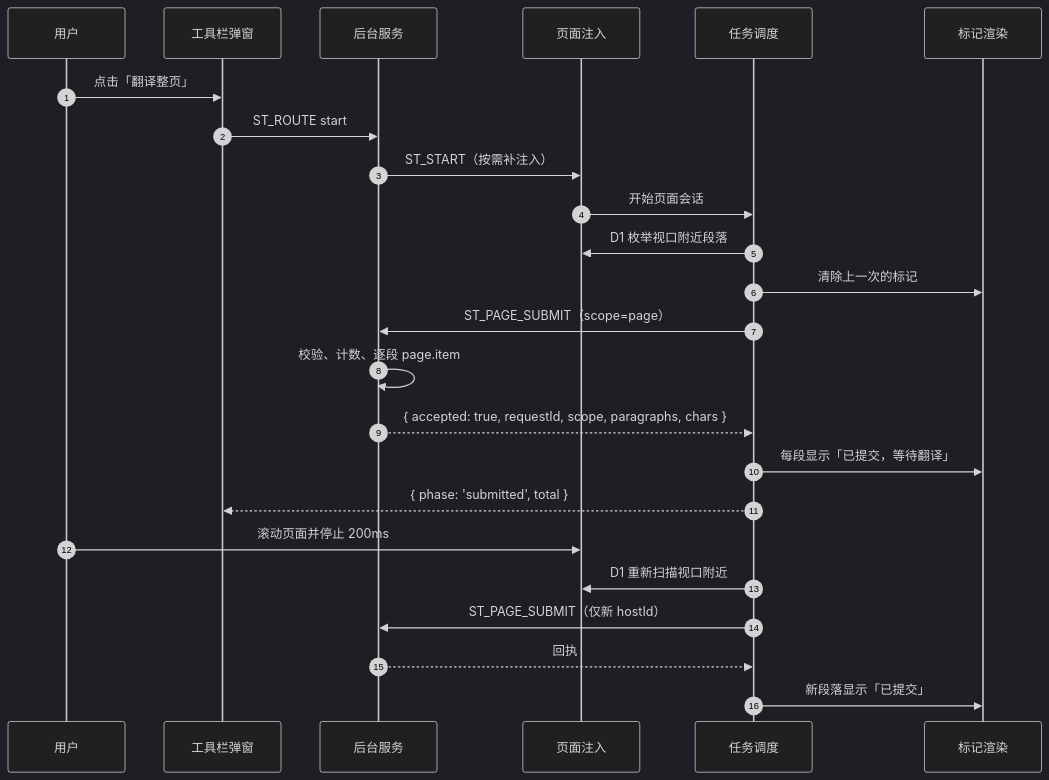
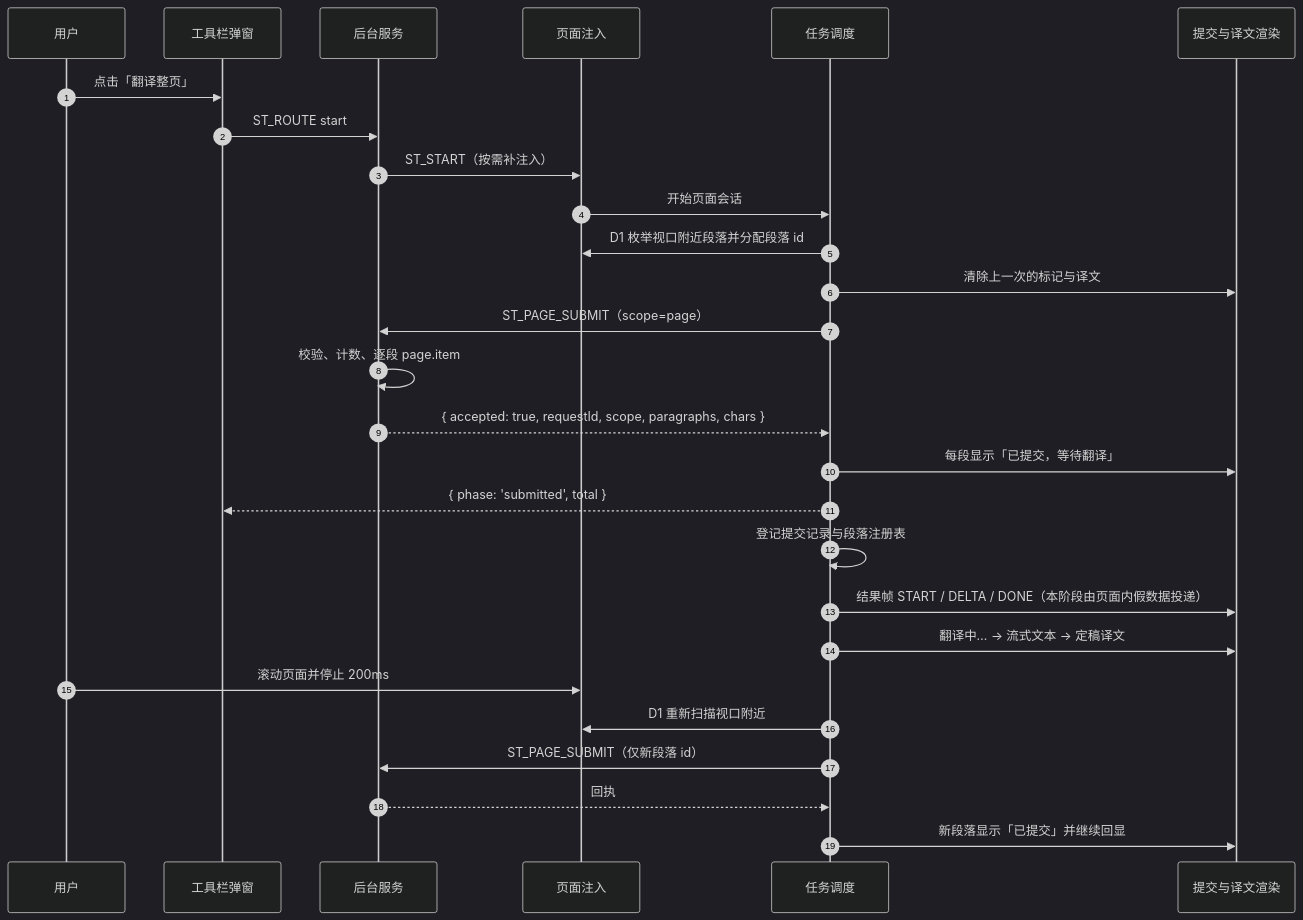
The fourth of 5 diagrams in docs/项目架构.md (xiaochen0517/simpletrans), drawn with Mermaid (dark theme) before and after one commit. The commit also changed other lines of this file and 27 other files, not shown here.

````diff
--- a/docs/项目架构.md
+++ b/docs/项目架构.md
@@ -743,26 +752,29 @@
 ```mermaid
 sequenceDiagram
   autonumber
   participant U as 用户
   participant P as 工具栏弹窗
   participant B as 后台服务
   participant C as 页面注入
   participant T as 任务调度
-  participant R as 标记渲染
+  participant R as 提交与译文渲染
   U->>P: 点击「翻译整页」
   P->>B: ST_ROUTE start
   B->>C: ST_START（按需补注入）
   C->>T: 开始页面会话
-  T->>C: D1 枚举视口附近段落
-  T->>R: 清除上一次的标记
+  T->>C: D1 枚举视口附近段落并分配段落 id
+  T->>R: 清除上一次的标记与译文
   T->>B: ST_PAGE_SUBMIT（scope=page）
   B->>B: 校验、计数、逐段 page.item
   B-->>T: { accepted: true, requestId, scope, paragraphs, chars }
   T->>R: 每段显示「已提交，等待翻译」
   T-->>P: { phase: 'submitted', total }
+  T->>T: 登记提交记录与段落注册表
+  T->>R: 结果帧 START / DELTA / DONE（本阶段由页面内假数据投递）
+  T->>R: 翻译中… → 流式文本 → 定稿译文
   U->>C: 滚动页面并停止 200ms
   T->>C: D1 重新扫描视口附近
-  T->>B: ST_PAGE_SUBMIT（仅新 hostId）
+  T->>B: ST_PAGE_SUBMIT（仅新段落 id）
   B-->>T: 回执
-  T->>R: 新段落显示「已提交」
+  T->>R: 新段落显示「已提交」并继续回显
 ```
````
